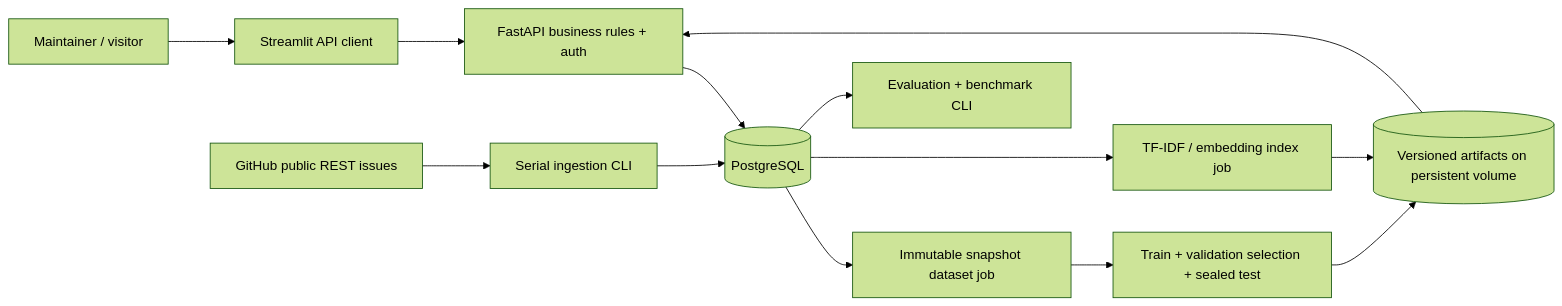
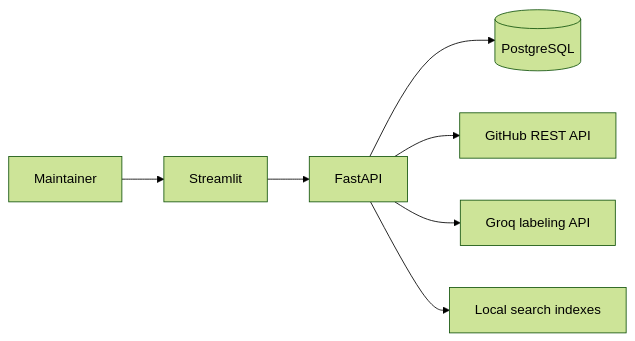
One commit to zeninlock/triagedesk changed the diagram in docs/ARCHITECTURE.md. Above: the diagram before and after it, drawn with Mermaid (forest theme). The commit also changed other lines of this file and 57 other files, not shown here.

````diff
--- a/docs/ARCHITECTURE.md
+++ b/docs/ARCHITECTURE.md
@@ -13,15 +5,9 @@
 ```mermaid
 flowchart LR
-  U[Maintainer / visitor] --> UI[Streamlit API client]
-  UI --> API[FastAPI business rules + auth]
-  API --> DB[(PostgreSQL)]
-  GH[GitHub public REST issues] --> IJ[Serial ingestion CLI]
-  IJ --> DB
-  DB --> DS[Immutable snapshot dataset job]
-  DS --> TR[Train + validation selection + sealed test]
-  TR --> ART[(Versioned artifacts on persistent volume)]
-  DB --> RJ[TF-IDF / embedding index job]
-  RJ --> ART
-  ART --> API
-  DB --> BJ[Evaluation + benchmark CLI]
+    Maintainer --> UI[Streamlit]
+    UI --> API[FastAPI]
+    API --> DB[(PostgreSQL)]
+    API --> GitHub[GitHub REST API]
+    API --> Groq[Groq labeling API]
+    API --> Search[Local search indexes]
 ```
````
